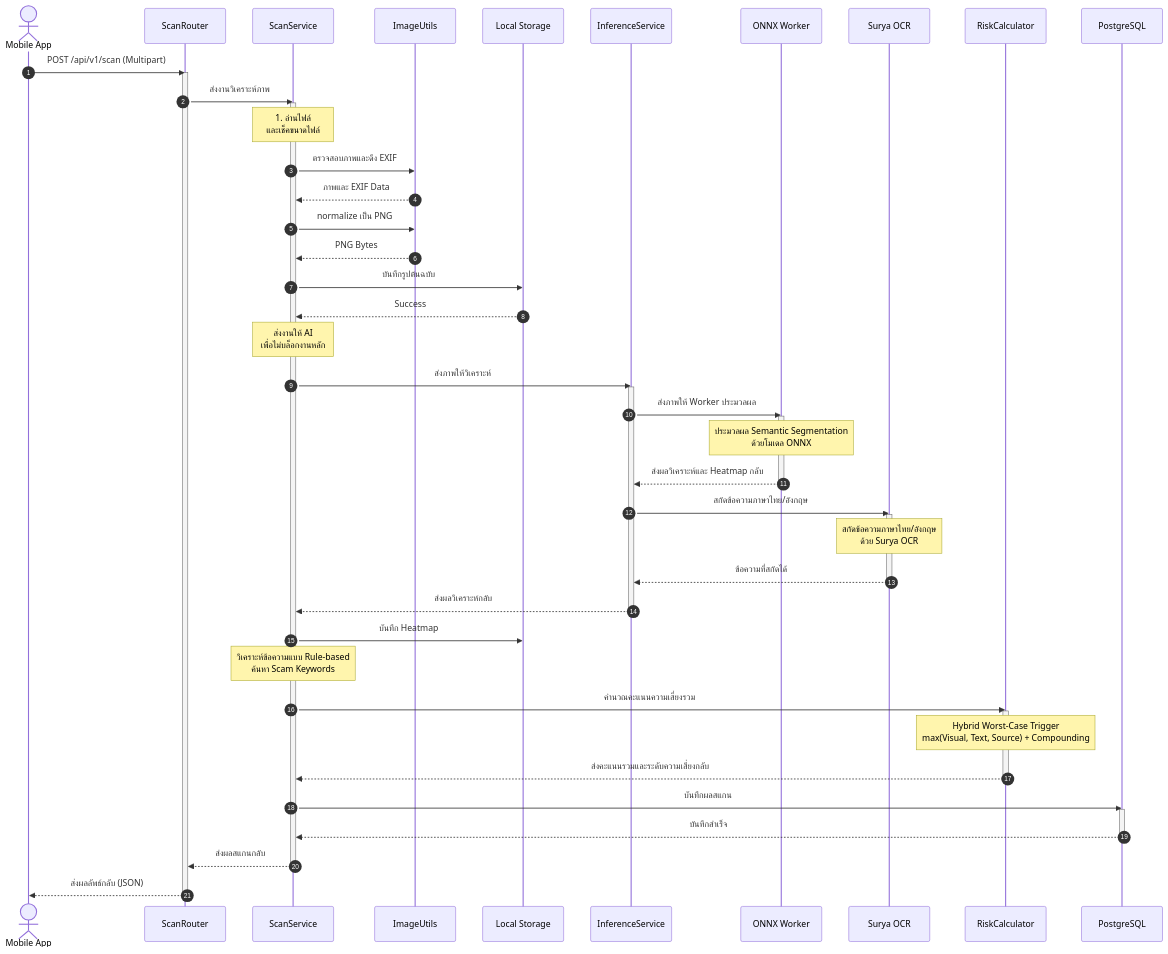
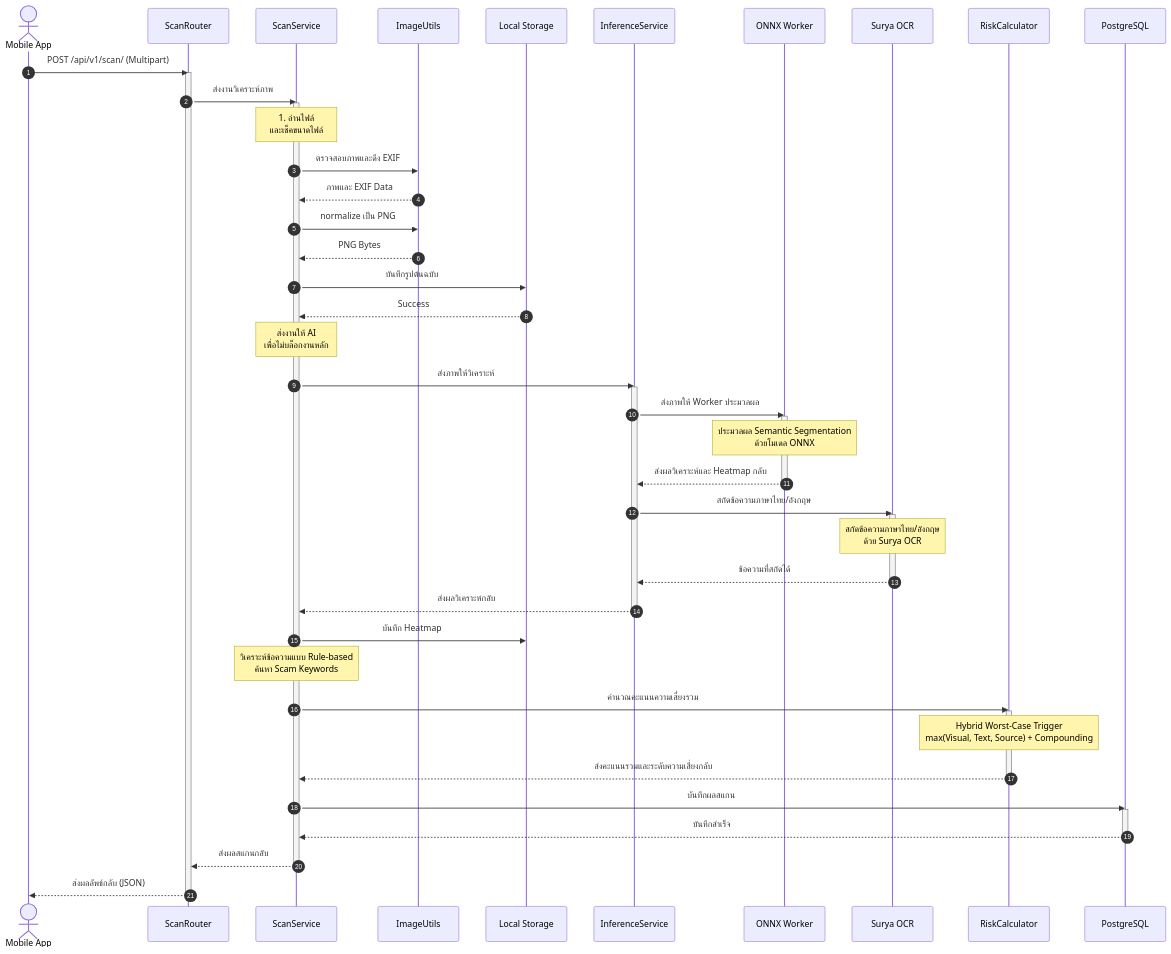
One commit to Panuwat-ta/project changed the diagram in web-ScamGuard/sources/wiki/architecture/c4-code-diagram.md. Above: the diagram before and after it, drawn with Mermaid. The commit also changed 143 other files, not shown here.

First line of the commit message:
Update traceability matrix, use case diagram, and test cases documentation

````diff
--- a/web-ScamGuard/sources/wiki/architecture/c4-code-diagram.md
+++ b/web-ScamGuard/sources/wiki/architecture/c4-code-diagram.md
@@ -12,77 +12,77 @@
 ```mermaid
 sequenceDiagram
     autonumber
     
     actor Client as Mobile App
     participant Router as ScanRouter
     participant Service as ScanService
     participant Utils as ImageUtils
     participant FS as Local Storage
     participant Inference as InferenceService
     participant ONNX as ONNX Worker
     participant OCR as Surya OCR
     participant RiskCalc as RiskCalculator
     participant DB as PostgreSQL
 
-    Client->>Router: POST /api/v1/scan (Multipart)
+    Client->>Router: POST /api/v1/scan/ (Multipart)
     
     activate Router
     Router->>Service: ส่งงานวิเคราะห์ภาพ
     
     activate Service
     Note over Service: 1. อ่านไฟล์<br>และเช็คขนาดไฟล์
     
     Service->>Utils: ตรวจสอบภาพและดึง EXIF
     Utils-->>Service: ภาพและ EXIF Data
     
     Service->>Utils: normalize เป็น PNG
     Utils-->>Service: PNG Bytes
     
     Service->>FS: บันทึกรูปต้นฉบับ
     FS-->>Service: Success
     
     Note over Service: ส่งงานให้ AI<br>เพื่อไม่บล็อกงานหลัก
     Service->>Inference: ส่งภาพให้วิเคราะห์
     
     activate Inference
     
     %% SegFormer Processing
     Inference->>ONNX: ส่งภาพให้ Worker ประมวลผล
     activate ONNX
     Note over ONNX: ประมวลผล Semantic Segmentation<br>ด้วยโมเดล ONNX
     ONNX-->>Inference: ส่งผลวิเคราะห์และ Heatmap กลับ
     deactivate ONNX
     
     %% OCR Processing
     Inference->>OCR: สกัดข้อความภาษาไทย/อังกฤษ
     activate OCR
     Note over OCR: สกัดข้อความภาษาไทย/อังกฤษ<br>ด้วย Surya OCR
     OCR-->>Inference: ข้อความที่สกัดได้
     deactivate OCR
     
     Inference-->>Service: ส่งผลวิเคราะห์กลับ
     deactivate Inference
     
     Service->>FS: บันทึก Heatmap
     
     Note over Service: วิเคราะห์ข้อความแบบ Rule-based<br>ค้นหา Scam Keywords
     
     %% Risk Calculation
     Service->>RiskCalc: คำนวณคะแนนความเสี่ยงรวม
     activate RiskCalc
     Note over RiskCalc: Hybrid Worst-Case Trigger<br>max(Visual, Text, Source) + Compounding
     RiskCalc-->>Service: ส่งคะแนนรวมและระดับความเสี่ยงกลับ
     deactivate RiskCalc
     
     %% DB Persistence
     Service->>DB: บันทึกผลสแกน
     activate DB
     DB-->>Service: บันทึกสำเร็จ
     deactivate DB
     
     Service-->>Router: ส่งผลสแกนกลับ
     deactivate Service
     
     Router-->>Client: ส่งผลลัพธ์กลับ (JSON)
     deactivate Router
 ```
````
